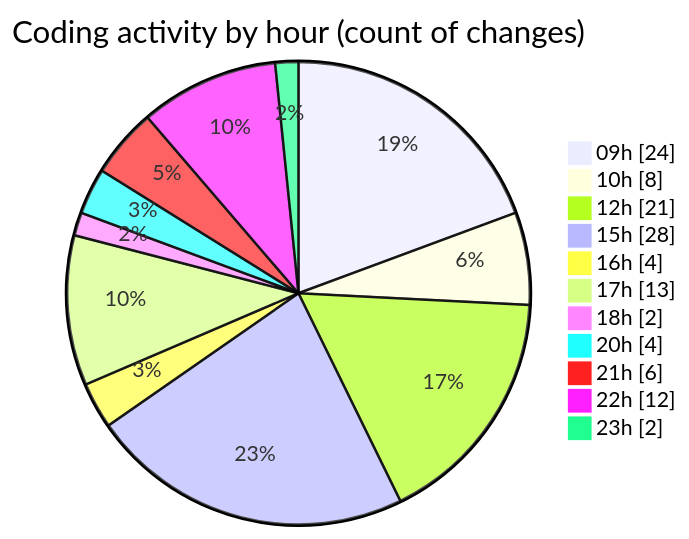
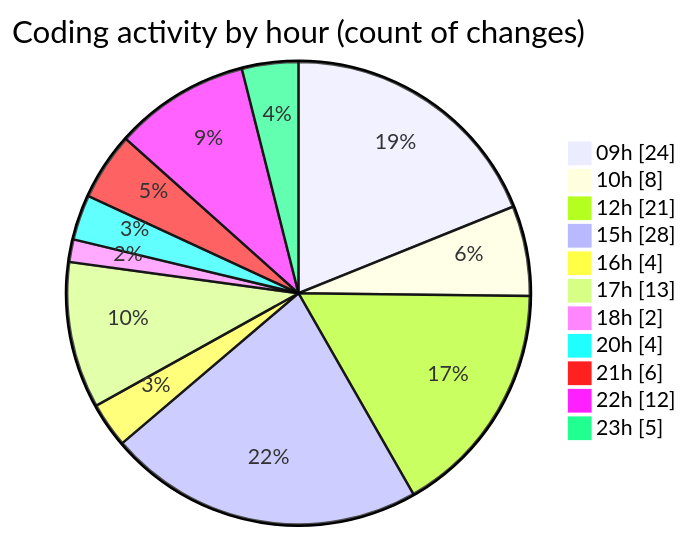
Before and after one commit to lephambinh05/code-tracking: the second of 2 diagrams in 2025-08-18/rentotp/README.md, drawn with Mermaid. The commit also changed other lines of this file and 1 other file, not shown here.

````diff
--- a/2025-08-18/rentotp/README.md
+++ b/2025-08-18/rentotp/README.md
@@ -71,15 +71,15 @@
 ```mermaid
 pie showData
 title Coding activity by hour (count of changes)
 "09h" : 24
 "10h" : 8
 "12h" : 21
 "15h" : 28
 "16h" : 4
 "17h" : 13
 "18h" : 2
 "20h" : 4
 "21h" : 6
 "22h" : 12
-"23h" : 2
+"23h" : 5
 ```
````
